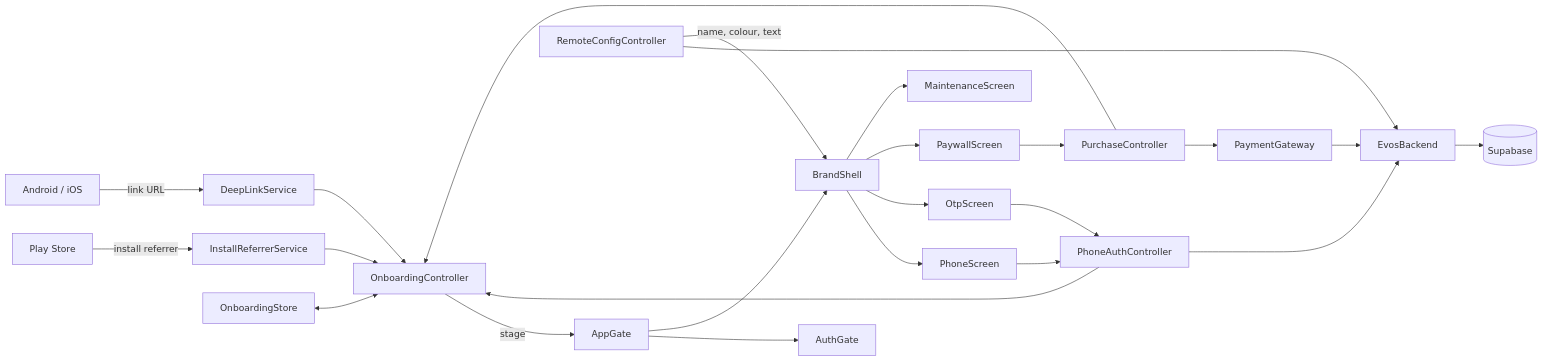
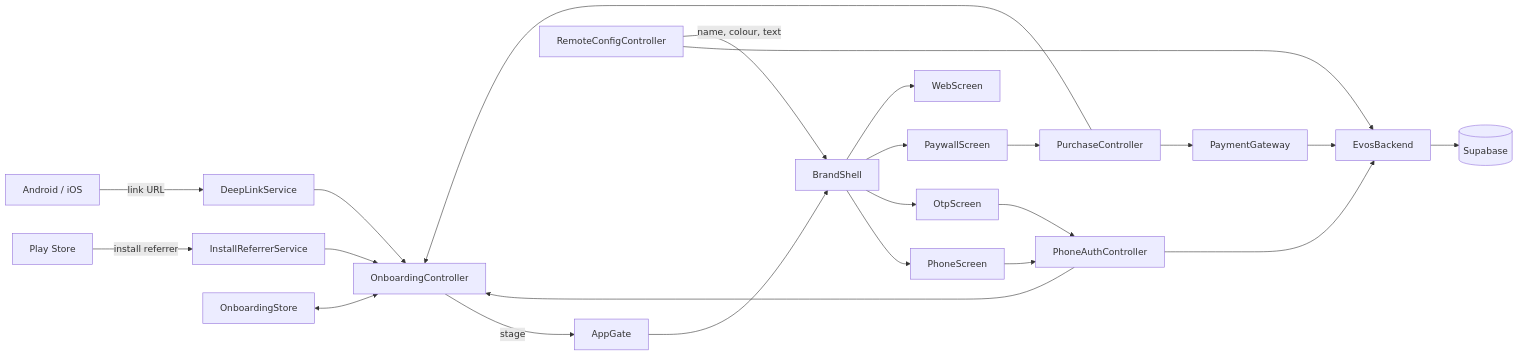
One commit to ayuzhBhakti/notes_app changed the third of 3 diagrams in docs/09-deep-link-onboarding.md. Above: the diagram before and after it, drawn with Mermaid. The commit also changed other lines of this file and 51 other files, not shown here.

First line of the commit message:
Refactor onboarding flow tests to accommodate review account functionality and web page handling

````diff
--- a/docs/09-deep-link-onboarding.md
+++ b/docs/09-deep-link-onboarding.md
@@ -210,18 +210,17 @@
 ```mermaid
 flowchart LR
     Play[Play Store] -- install referrer --> InstallReferrerService
     InstallReferrerService --> OnboardingController
     Platform[Android / iOS] -- link URL --> DeepLinkService
     DeepLinkService --> OnboardingController
     OnboardingStore <--> OnboardingController
     OnboardingController -- stage --> AppGate
-    AppGate --> AuthGate
     AppGate --> BrandShell
-    BrandShell --> Phone[PhoneScreen] & Otp[OtpScreen] & Paywall[PaywallScreen] & Maint[MaintenanceScreen]
+    BrandShell --> Phone[PhoneScreen] & Otp[OtpScreen] & Paywall[PaywallScreen] & Web[WebScreen]
     Phone & Otp --> PhoneAuthController --> EvosBackend
     Paywall --> PurchaseController --> PaymentGateway --> EvosBackend
     RemoteConfigController --> EvosBackend
     RemoteConfigController -- name, colour, text --> BrandShell
     EvosBackend --> Supabase[(Supabase)]
     PhoneAuthController & PurchaseController --> OnboardingController
 ```
````
